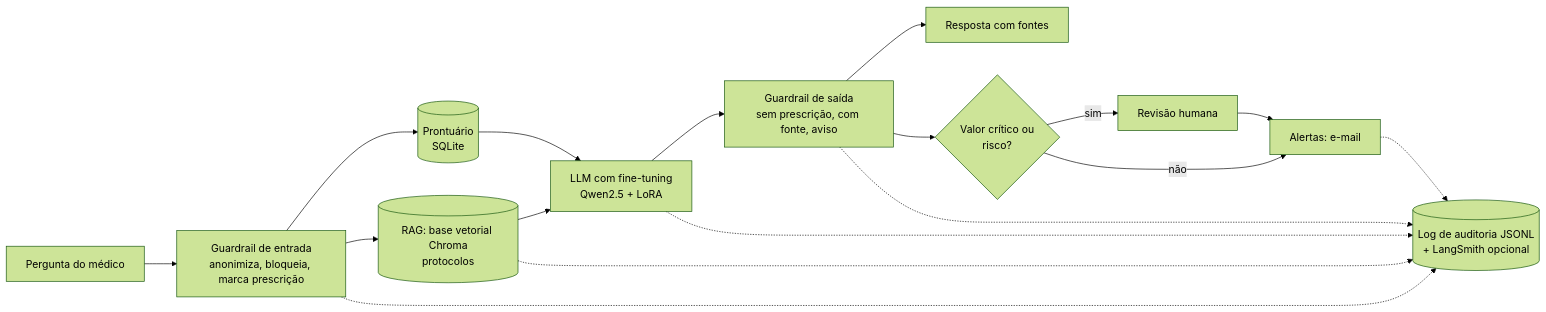
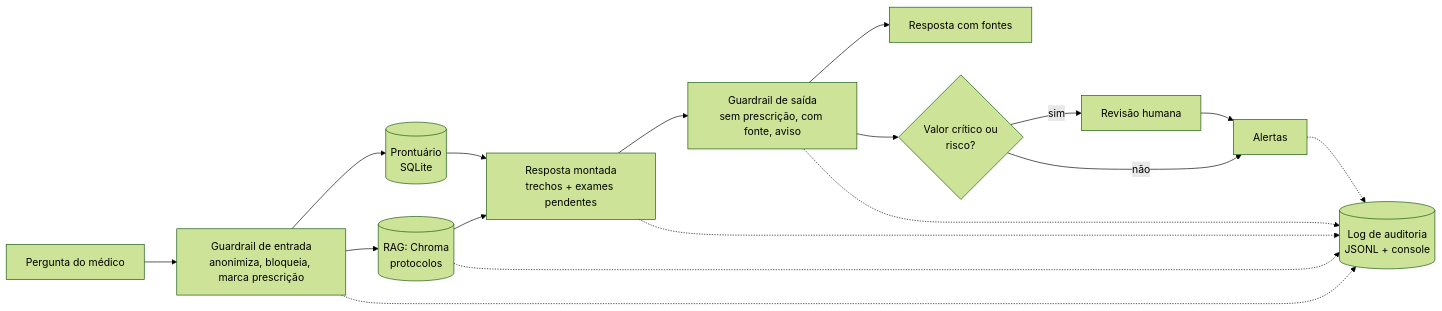
The diagram in README.md (SamirGoes/tech-challenge-fiap-fase3), drawn with Mermaid (forest theme) before and after one commit. The commit also changed other lines of this file and 39 other files, not shown here.

Commit message:
MedAssist: versao simplificada, so RAG (LangChain), 5 arquivos, 300 pacientes, chat no console

````diff
--- a/README.md
+++ b/README.md
@@ -25,19 +29,19 @@
 ```mermaid
 flowchart LR
     U[Pergunta do médico] --> G1[Guardrail de entrada<br/>anonimiza, bloqueia, marca prescrição]
     G1 --> P[(Prontuário<br/>SQLite)]
-    G1 --> R[(RAG: base vetorial Chroma<br/>protocolos)]
-    P --> L[LLM com fine-tuning<br/>Qwen2.5 + LoRA]
-    R --> L
-    L --> G2[Guardrail de saída<br/>sem prescrição, com fonte, aviso]
+    G1 --> R[(RAG: Chroma<br/>protocolos)]
+    P --> M[Resposta montada<br/>trechos + exames pendentes]
+    R --> M
+    M --> G2[Guardrail de saída<br/>sem prescrição, com fonte, aviso]
     G2 --> O[Resposta com fontes]
     G2 --> H{Valor crítico ou<br/>risco?}
     H -- sim --> V[Revisão humana]
-    V --> A[Alertas: e-mail]
+    V --> A[Alertas]
     H -- não --> A
-    G1 -.-> LOG[(Log de auditoria JSONL<br/>+ LangSmith opcional)]
+    G1 -.-> LOG[(Log de auditoria<br/>JSONL + console)]
     R -.-> LOG
-    L -.-> LOG
+    M -.-> LOG
     G2 -.-> LOG
     A -.-> LOG
 ```
````
